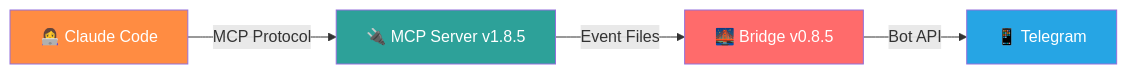
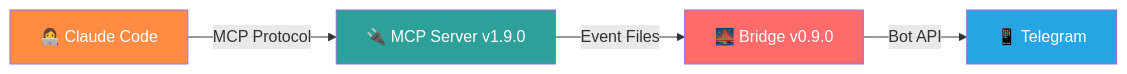
Before and after one commit to co8/cctelegram: the diagram in README.md, drawn with Mermaid. The commit also changed other lines of this file and 60 other files, not shown here.

````diff
--- a/README.md
+++ b/README.md
@@ -189,11 +231,11 @@
 ```mermaid
 graph LR
-    A[👩‍💻 Claude Code] -->|MCP Protocol| B[🔌 MCP Server v1.8.5]
-    B -->|Event Files| C[🌉 Bridge v0.8.5]
+    A[👩‍💻 Claude Code] -->|MCP Protocol| B[🔌 MCP Server v1.9.0]
+    B -->|Event Files| C[🌉 Bridge v0.9.0]
     C -->|Bot API| D[📱 Telegram]
 
     style A fill:#FF8C42,color:#fff
     style B fill:#2da199,color:#fff
     style C fill:#FF6B6B,color:#fff
     style D fill:#26A5E4,color:#fff
 ```
````
